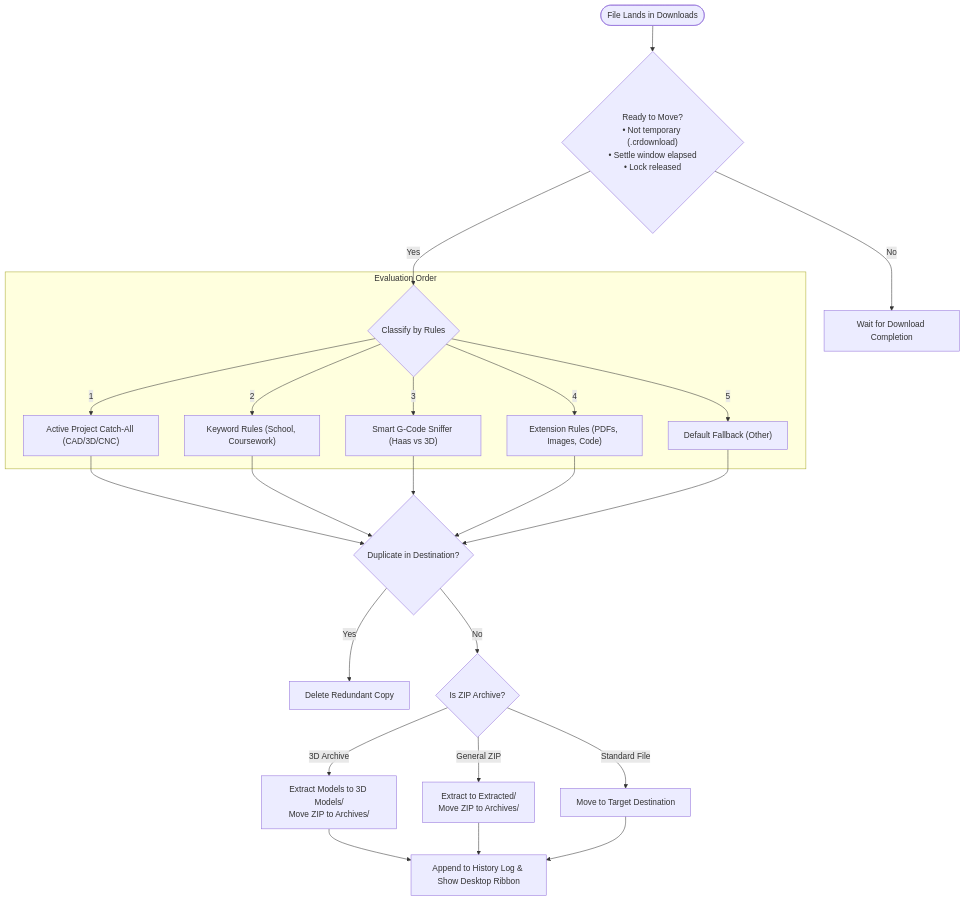
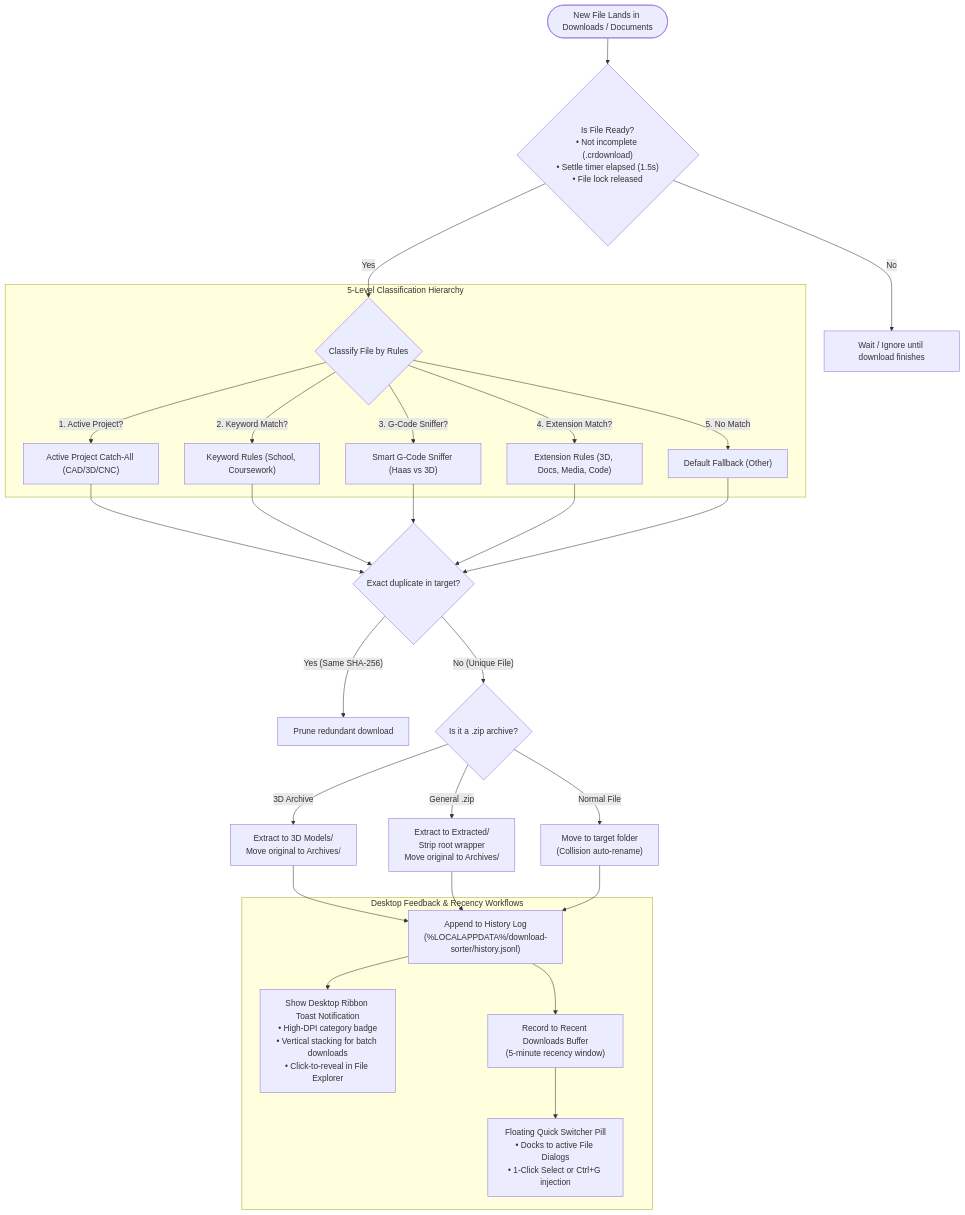
Before and after one commit to The-Osprey1/Download-Sorter: the diagram in README.md, drawn with Mermaid. The commit also changed other lines of this file and 5 other files, not shown here.

````diff
--- a/README.md
+++ b/README.md
@@ -127,31 +138,38 @@
 ```mermaid
 flowchart TD
-    Start(["File Lands in Downloads"]) --> Ready{"Ready to Move?<br>• Not temporary (.crdownload)<br>• Settle window elapsed<br>• Lock released"}
-    Ready -- No --> Wait["Wait for Download Completion"]
-    Ready -- Yes --> Classify{"Classify by Rules"}
+    Start(["New File Lands in Downloads / Documents"]) --> Checks{"Is File Ready?<br>• Not incomplete (.crdownload)<br>• Settle timer elapsed (1.5s)<br>• File lock released"}
 
-    subgraph Hierarchy ["Evaluation Order"]
-        Classify -->|"1"| Active["Active Project Catch-All (CAD/3D/CNC)"]
-        Classify -->|"2"| Keyword["Keyword Rules (School, Coursework)"]
-        Classify -->|"3"| Sniffer["Smart G-Code Sniffer (Haas vs 3D)"]
-        Classify -->|"4"| Ext["Extension Rules (PDFs, Images, Code)"]
-        Classify -->|"5"| Default["Default Fallback (Other)"]
+    Checks -- "No" --> Wait["Wait / Ignore until download finishes"]
+    Checks -- "Yes" --> Route{"Classify File by Rules"}
+
+    subgraph Hierarchy ["5-Level Classification Hierarchy"]
+        Route -->|"1. Active Project?"| R_Active["Active Project Catch-All (CAD/3D/CNC)"]
+        Route -->|"2. Keyword Match?"| R_Keyword["Keyword Rules (School, Coursework)"]
+        Route -->|"3. G-Code Sniffer?"| R_Sniffer["Smart G-Code Sniffer (Haas vs 3D)"]
+        Route -->|"4. Extension Match?"| R_Ext["Extension Rules (3D, Docs, Media, Code)"]
+        Route -->|"5. No Match"| R_Default["Default Fallback (Other)"]
     end
 
-    Active --> Dedup{"Duplicate in Destination?"}
-    Keyword --> Dedup
-    Sniffer --> Dedup
-    Ext --> Dedup
-    Default --> Dedup
+    R_Active --> Dedup{"Exact duplicate in target?"}
+    R_Keyword --> Dedup
+    R_Sniffer --> Dedup
+    R_Ext --> Dedup
+    R_Default --> Dedup
 
-    Dedup -- Yes --> Prune["Delete Redundant Copy"]
-    Dedup -- No --> Zip{"Is ZIP Archive?"}
+    Dedup -- "Yes (Same SHA-256)" --> PruneDupe["Prune redundant download"]
+    Dedup -- "No (Unique File)" --> ZipCheck{"Is it a .zip archive?"}
 
-    Zip -- "3D Archive" --> Unzip3D["Extract Models to 3D Models/<br>Move ZIP to Archives/"]
-    Zip -- "General ZIP" --> UnzipGen["Extract to Extracted/<br>Move ZIP to Archives/"]
-    Zip -- "Standard File" --> Move["Move to Target Destination"]
+    ZipCheck -- "3D Archive" --> Unzip3D["Extract to 3D Models/<br>Move original to Archives/"]
+    ZipCheck -- "General .zip" --> UnzipGen["Extract to Extracted/<br>Strip root wrapper<br>Move original to Archives/"]
+    ZipCheck -- "Normal File" --> Move["Move to target folder<br>(Collision auto-rename)"]
 
-    Unzip3D --> Record["Append to History Log & Show Desktop Ribbon"]
+    Unzip3D --> Record["Append to History Log<br>(%LOCALAPPDATA%/download-sorter/history.jsonl)"]
     UnzipGen --> Record
     Move --> Record
+
+    subgraph PostSort ["Desktop Feedback & Recency Workflows"]
+        Record --> Ribbon["Show Desktop Ribbon Toast Notification<br>• High-DPI category badge<br>• Vertical stacking for batch downloads<br>• Click-to-reveal in File Explorer"]
+        Record --> Recency["Record to Recent Downloads Buffer<br>(5-minute recency window)"]
+        Recency --> QuickSwitch["Floating Quick Switcher Pill<br>• Docks to active File Dialogs<br>• 1-Click Select or Ctrl+G injection"]
+    end
 ```
````
